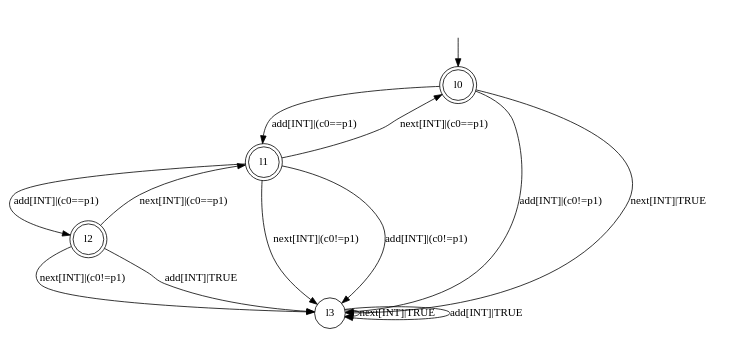
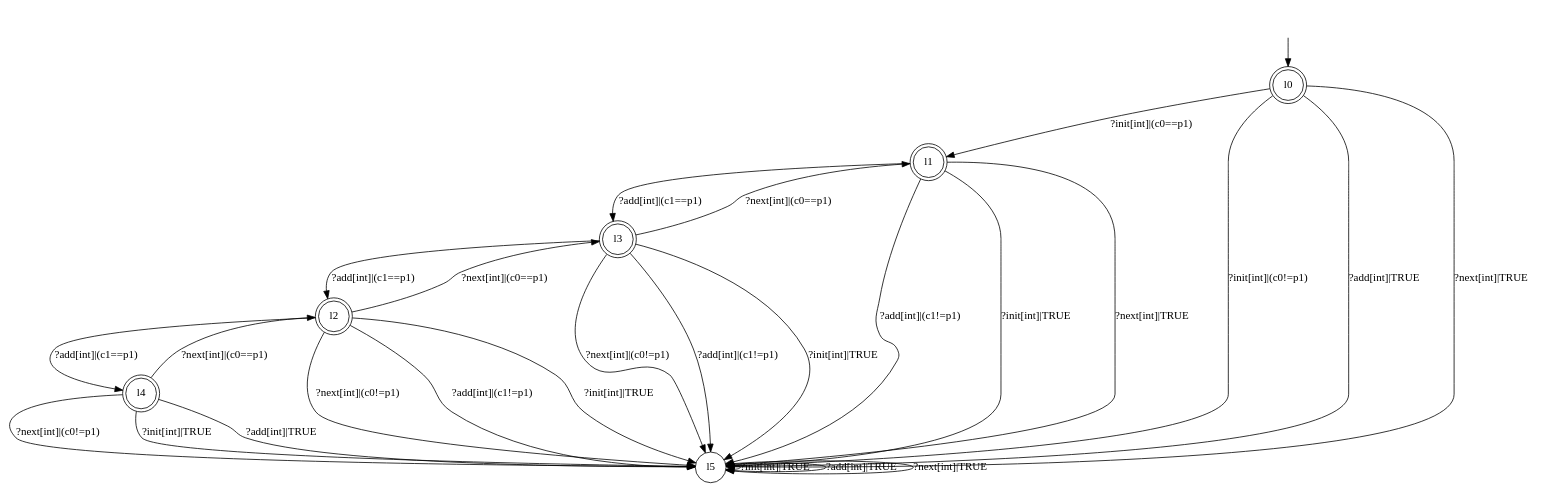
Before and after one commit to rasofema/fyp-specification-miner: the diagram in ralearn.dot, drawn with Graphviz. The commit also changed 9 other files, not shown here.

```diff
--- a/ralearn.dot
+++ b/ralearn.dot
@@ -1,20 +1,35 @@
 digraph RA {
 "" [shape=none,label=<>]
 "l0" [shape=doublecircle]
 "l1" [shape=doublecircle]
 "l2" [shape=doublecircle]
-"l3" [shape=circle]
+"l3" [shape=doublecircle]
+"l4" [shape=doublecircle]
+"l5" [shape=circle]
 "" -> "l0"
-"l0" -> "l1" [label=<add[INT]|(c0==p1)>]
-"l0" -> "l3" [label=<add[INT]|(c0!=p1)>]
-"l0" -> "l3" [label=<next[INT]|TRUE>]
-"l1" -> "l0" [label=<next[INT]|(c0==p1)>]
-"l1" -> "l3" [label=<next[INT]|(c0!=p1)>]
-"l1" -> "l2" [label=<add[INT]|(c0==p1)>]
-"l1" -> "l3" [label=<add[INT]|(c0!=p1)>]
-"l2" -> "l1" [label=<next[INT]|(c0==p1)>]
-"l2" -> "l3" [label=<next[INT]|(c0!=p1)>]
-"l2" -> "l3" [label=<add[INT]|TRUE>]
-"l3" -> "l3" [label=<next[INT]|TRUE>]
-"l3" -> "l3" [label=<add[INT]|TRUE>]
+"l0" -> "l1" [label=<?init[int]|(c0==p1)>]
+"l0" -> "l5" [label=<?init[int]|(c0!=p1)>]
+"l0" -> "l5" [label=<?add[int]|TRUE>]
+"l0" -> "l5" [label=<?next[int]|TRUE>]
+"l1" -> "l3" [label=<?add[int]|(c1==p1)>]
+"l1" -> "l5" [label=<?add[int]|(c1!=p1)>]
+"l1" -> "l5" [label=<?init[int]|TRUE>]
+"l1" -> "l5" [label=<?next[int]|TRUE>]
+"l2" -> "l3" [label=<?next[int]|(c0==p1)>]
+"l2" -> "l5" [label=<?next[int]|(c0!=p1)>]
+"l2" -> "l4" [label=<?add[int]|(c1==p1)>]
+"l2" -> "l5" [label=<?add[int]|(c1!=p1)>]
+"l2" -> "l5" [label=<?init[int]|TRUE>]
+"l3" -> "l1" [label=<?next[int]|(c0==p1)>]
+"l3" -> "l5" [label=<?next[int]|(c0!=p1)>]
+"l3" -> "l2" [label=<?add[int]|(c1==p1)>]
+"l3" -> "l5" [label=<?add[int]|(c1!=p1)>]
+"l3" -> "l5" [label=<?init[int]|TRUE>]
+"l4" -> "l2" [label=<?next[int]|(c0==p1)>]
+"l4" -> "l5" [label=<?next[int]|(c0!=p1)>]
+"l4" -> "l5" [label=<?init[int]|TRUE>]
+"l4" -> "l5" [label=<?add[int]|TRUE>]
+"l5" -> "l5" [label=<?init[int]|TRUE>]
+"l5" -> "l5" [label=<?add[int]|TRUE>]
+"l5" -> "l5" [label=<?next[int]|TRUE>]
 }
```
